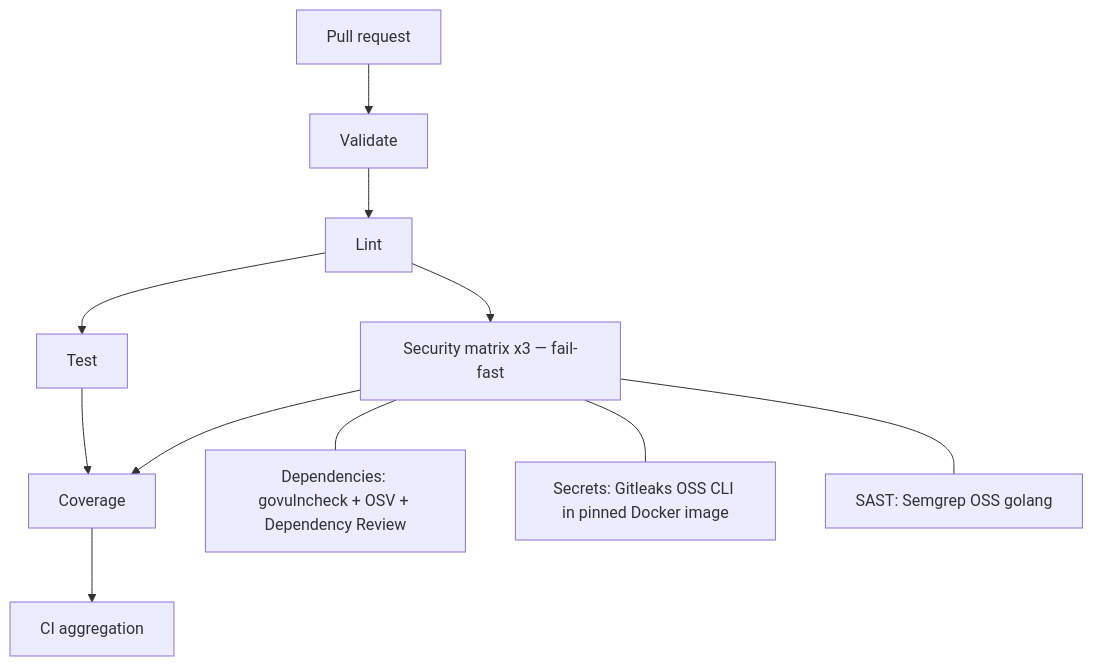
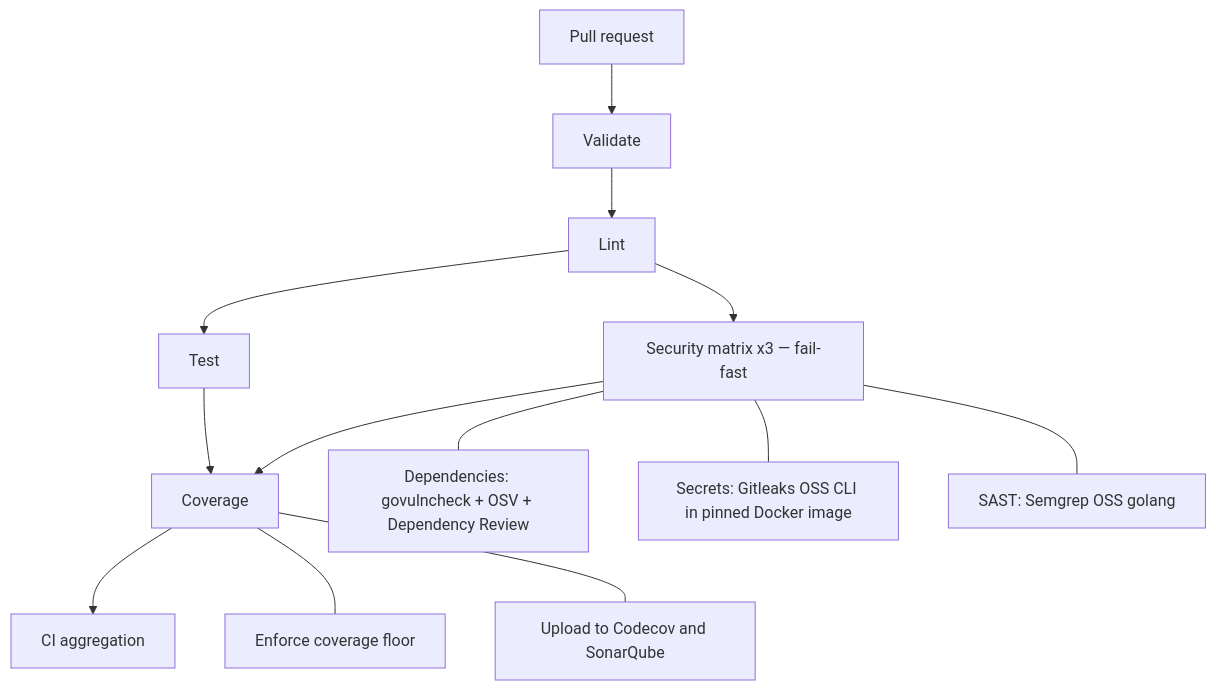
The second of 2 diagrams in WORKFLOWS.md (jooservices/go-jabledownloader), drawn with Mermaid before and after one commit. The commit also changed other lines of this file and 4 other files, not shown here.

First line of the commit message:
ci: Wire Codecov and SonarQube into coverage gates

````diff
--- a/WORKFLOWS.md
+++ b/WORKFLOWS.md
@@ -52,14 +50,16 @@
 ```mermaid
 flowchart TD
     PR[Pull request] --> V[Validate]
     V --> L[Lint]
     L --> S[Security matrix x3 — fail-fast]
     L --> T[Test]
     S --> C[Coverage]
     T --> C
     C --> Gate[CI aggregation]
 
     S --- S1[Dependencies: govulncheck + OSV + Dependency Review]
     S --- S2[Secrets: Gitleaks OSS CLI in pinned Docker image]
     S --- S3[SAST: Semgrep OSS golang]
+    C --- C1[Enforce coverage floor]
+    C --- C2[Upload to Codecov and SonarQube]
 ```
````
